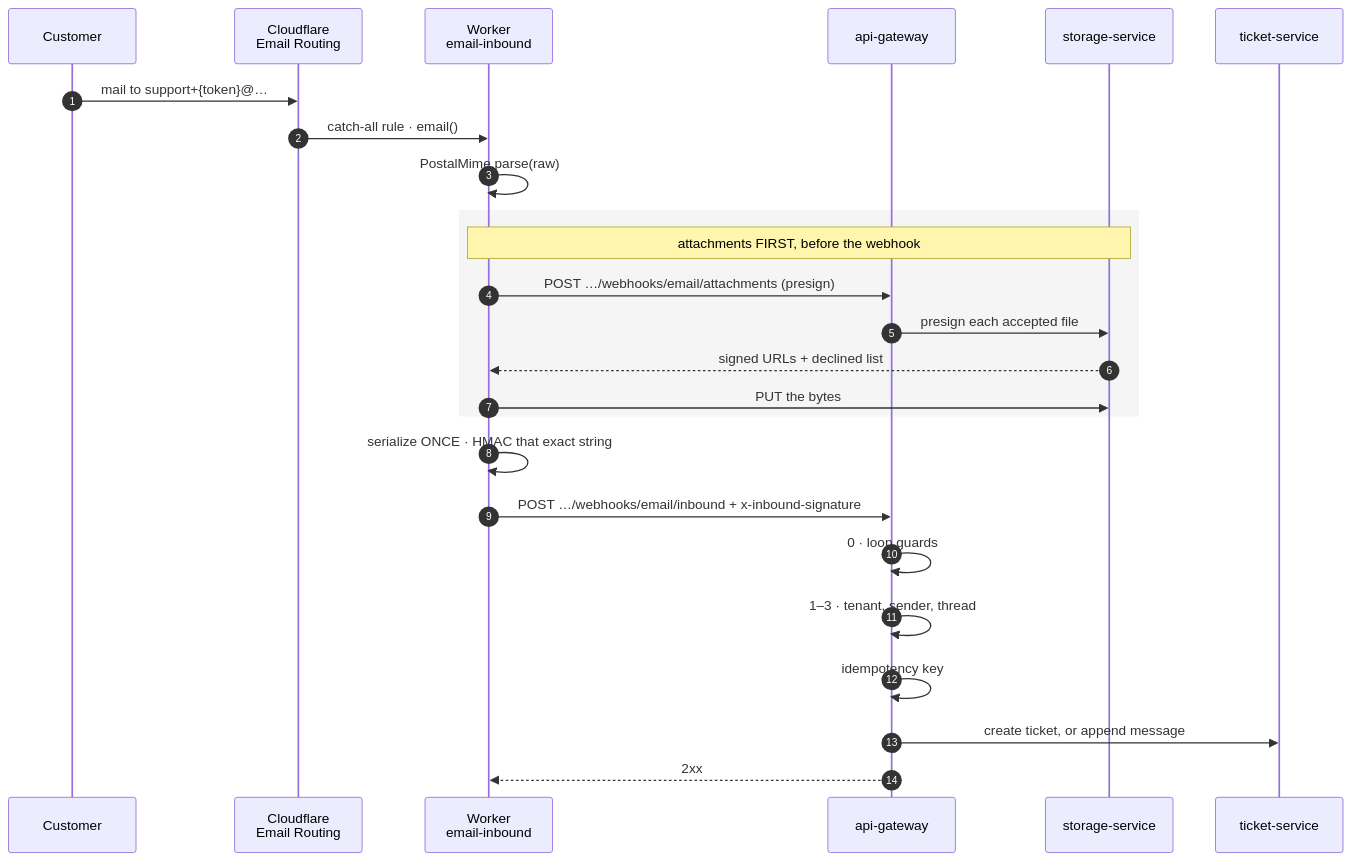
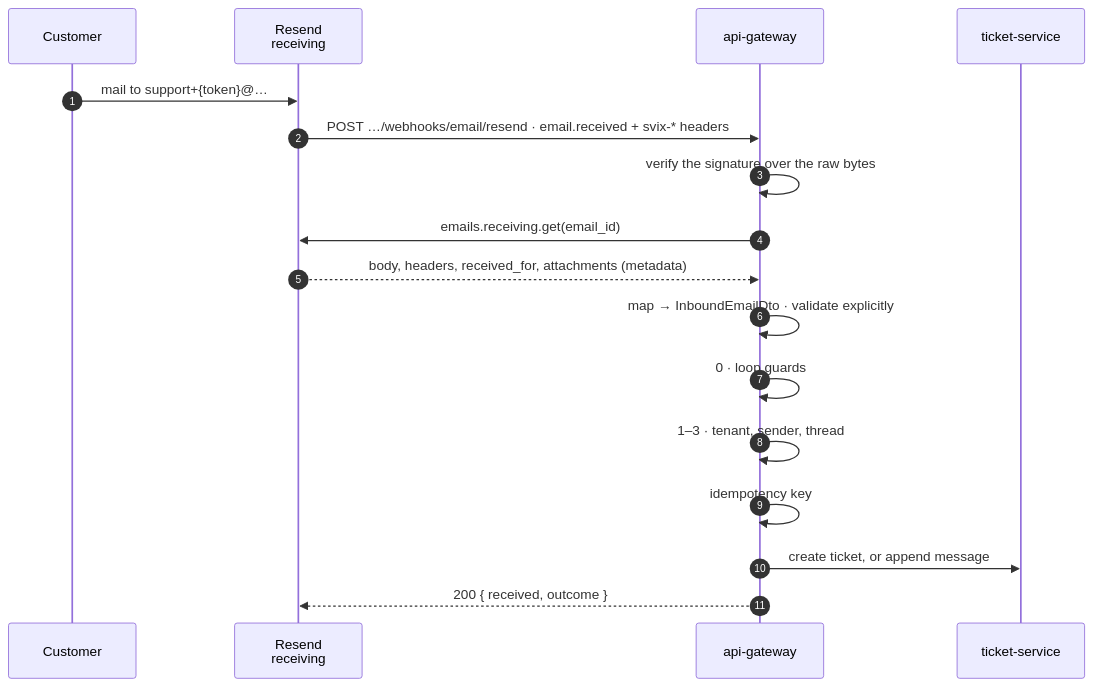
Before and after one commit to dungtq2k5/synapse-desk: the diagram in docs/reference/flows/inbound-email.md, drawn with Mermaid. The commit also changed other lines of this file and 126 other files, not shown here.

Commit message:
feat(ESP): used 'Resend' as an Email Service Provider to replace 'Nodemailer' and 'Cloudflare Worker' -  release 1

````diff
--- a/docs/reference/flows/inbound-email.md
+++ b/docs/reference/flows/inbound-email.md
@@ -11,30 +11,20 @@
 ```mermaid
 sequenceDiagram
   autonumber
   participant U as Customer
-  participant CF as Cloudflare<br/>Email Routing
-  participant W as Worker<br/>email-inbound
+  participant RS as Resend<br/>receiving
   participant GW as api-gateway
-  participant ST as storage-service
   participant TS as ticket-service
 
-  U->>CF: mail to support+{token}@…
-  CF->>W: catch-all rule · email()
-  W->>W: PostalMime.parse(raw)
-
-  rect rgba(128,128,128,.08)
-    Note over W,ST: attachments FIRST, before the webhook
-    W->>GW: POST …/webhooks/email/attachments (presign)
-    GW->>ST: presign each accepted file
-    ST-->>W: signed URLs + declined list
-    W->>ST: PUT the bytes
-  end
-
-  W->>W: serialize ONCE · HMAC that exact string
-  W->>GW: POST …/webhooks/email/inbound + x-inbound-signature
+  U->>RS: mail to support+{token}@…
+  RS->>GW: POST …/webhooks/email/resend · email.received + svix-* headers
+  GW->>GW: verify the signature over the raw bytes
+  GW->>RS: emails.receiving.get(email_id)
+  RS-->>GW: body, headers, received_for, attachments (metadata)
+  GW->>GW: map → InboundEmailDto · validate explicitly
   GW->>GW: 0 · loop guards
   GW->>GW: 1–3 · tenant, sender, thread
   GW->>GW: idempotency key
   GW->>TS: create ticket, or append message
-  GW-->>W: 2xx
+  GW-->>RS: 200 { received, outcome }
 ```
````
